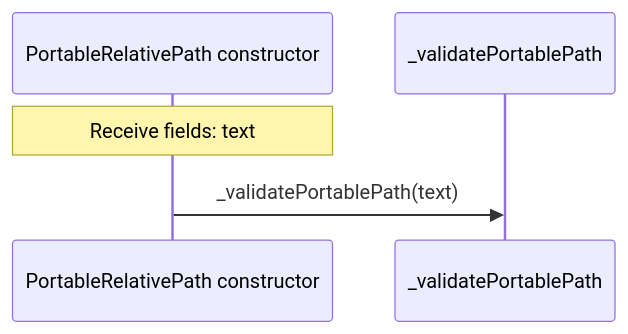
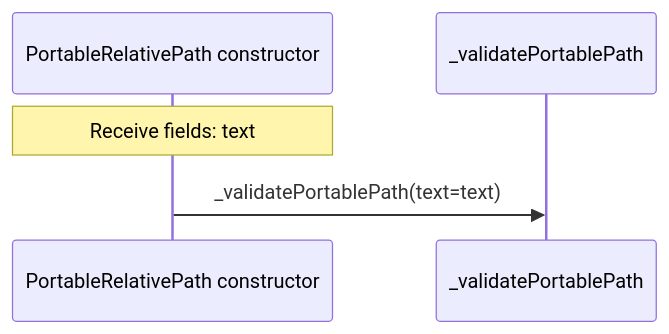
One commit to GreenPandaStudios/augscript changed the third of 8 diagrams in src/stdlib/values/paths.aug.diagrams.md. Above: the diagram before and after it, drawn with Mermaid. The commit also changed other lines of this file and 524 other files, not shown here.

Commit message:
Explain checked data flow at folder and service levels

````diff
--- a/src/stdlib/values/paths.aug.diagrams.md
+++ b/src/stdlib/values/paths.aug.diagrams.md
@@ -60,7 +58,7 @@
 ```mermaid
 sequenceDiagram
     participant p0 as PortableRelativePath constructor
     participant p1 as _validatePortablePath
     Note over p0: Receive fields: text
-    p0->>p1: _validatePortablePath(text)
+    p0->>p1: _validatePortablePath(text=text)
 ```
````
